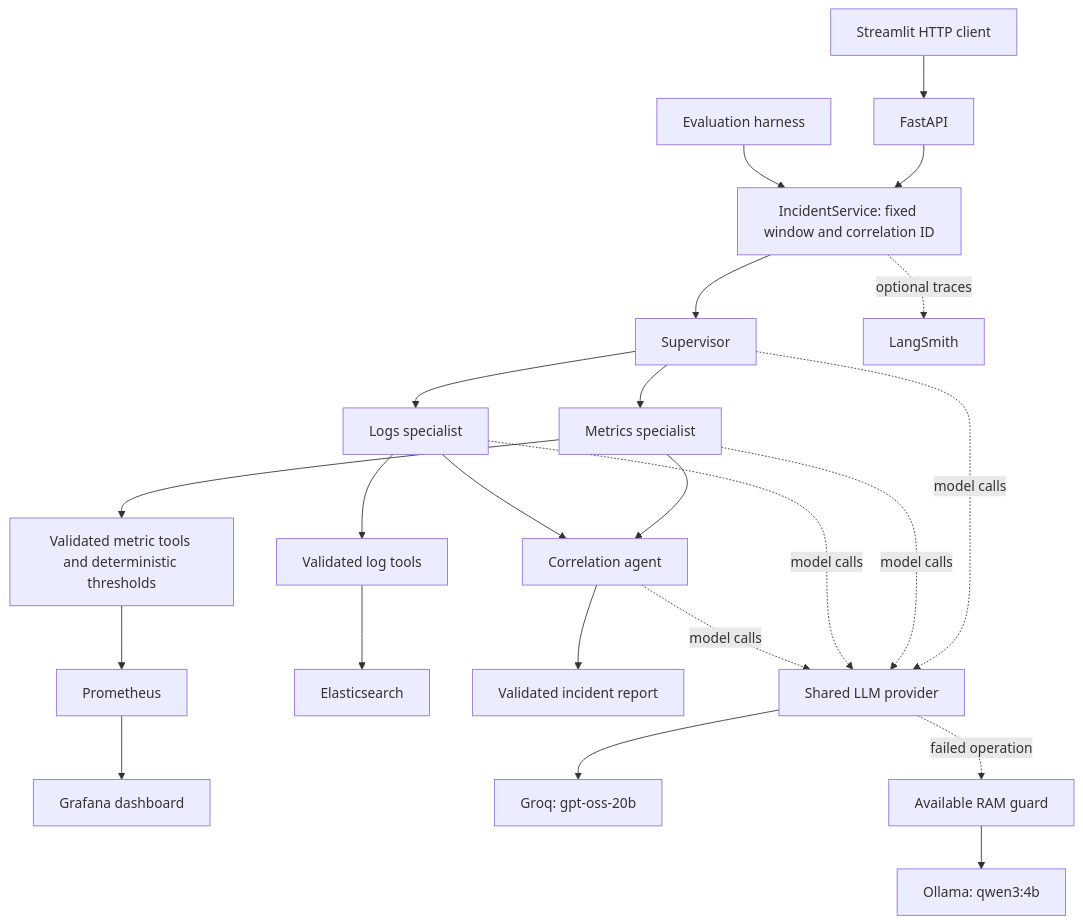
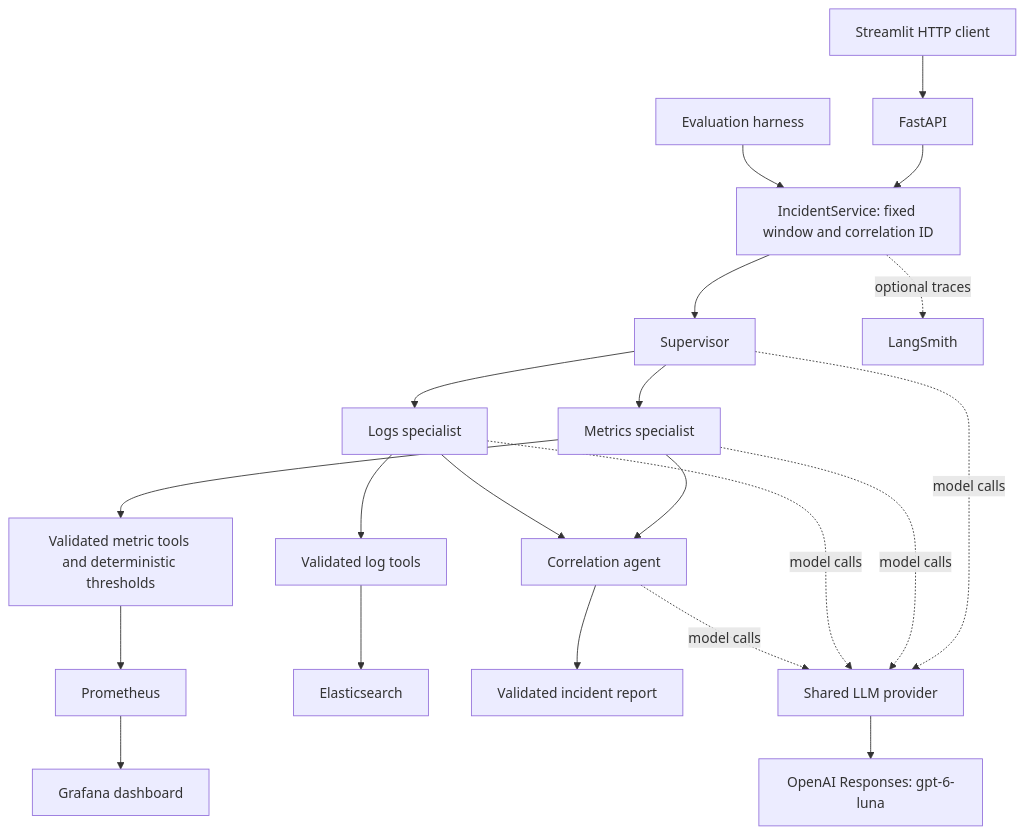
The diagram in README.md (rensilver/incident-response-copilot), drawn with Mermaid before and after one commit. The commit also changed other lines of this file and 33 other files, not shown here.

Commit message:
feat(config): select OpenAI Responses with validated secret settings

````diff
--- a/README.md
+++ b/README.md
@@ -119,25 +121,23 @@
 ```mermaid
 flowchart TD
     UI[Streamlit HTTP client] --> API[FastAPI]
     API --> Service[IncidentService: fixed window and correlation ID]
     Eval[Evaluation harness] --> Service
     Service --> Supervisor[Supervisor]
     Supervisor --> Metrics[Metrics specialist]
     Supervisor --> Logs[Logs specialist]
     Metrics --> MT[Validated metric tools and deterministic thresholds]
     Logs --> LT[Validated log tools]
     MT --> Prom[Prometheus]
     LT --> ES[Elasticsearch]
     Metrics --> Correlation[Correlation agent]
     Logs --> Correlation
     Correlation --> Report[Validated incident report]
     Prom --> Grafana[Grafana dashboard]
     Service -. optional traces .-> LS[LangSmith]
-    Provider[Shared LLM provider] --> Groq[Groq: gpt-oss-20b]
-    Provider -. failed operation .-> Guard[Available RAM guard]
-    Guard --> Ollama[Ollama: qwen3:4b]
+    Provider[Shared LLM provider] --> OpenAI[OpenAI Responses: gpt-6-luna]
     Supervisor -. model calls .-> Provider
     Metrics -. model calls .-> Provider
     Logs -. model calls .-> Provider
     Correlation -. model calls .-> Provider
 ```
````
